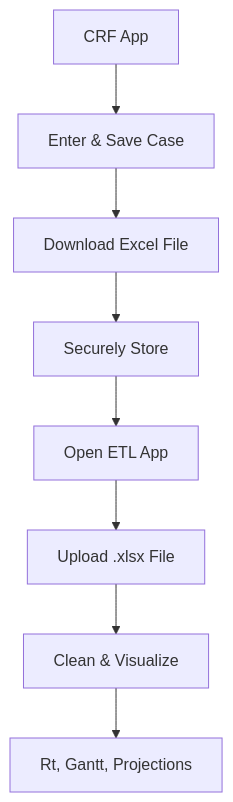
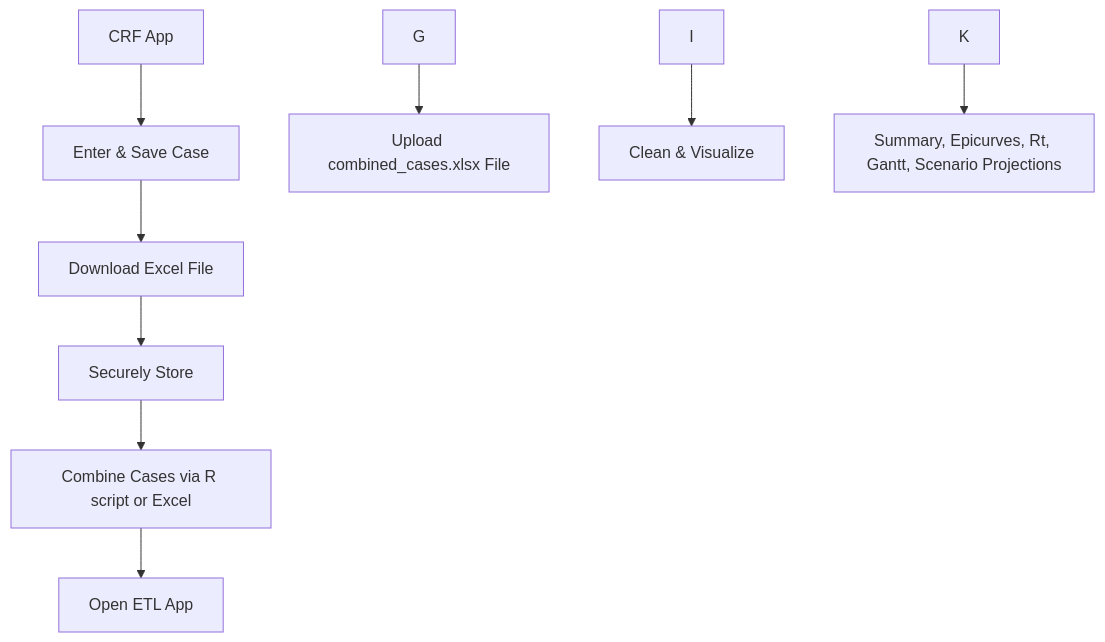
The diagram in README.md (ddwarabandam/Measles-Investigation-Form-Web-App), drawn with Mermaid before and after one commit.

````diff
--- a/README.md
+++ b/README.md
@@ -504,10 +504,11 @@
 ```mermaid
 flowchart TD
   A[CRF App] --> B[Enter & Save Case]
   B --> C[Download Excel File]
   C --> D[Securely Store]
-  D --> E[Open ETL App]
-  E --> F[Upload .xlsx File]
-  F --> G[Clean & Visualize]
-  G --> H[Rt, Gantt, Projections]
+  D --> E[Combine Cases via R script or Excel]
+  E --> F[Open ETL App]
+  G --> H[Upload combined_cases.xlsx File]
+  I --> J[Clean & Visualize]
+  K --> L[Summary, Epicurves, Rt, Gantt, Scenario Projections]
 ```
````
